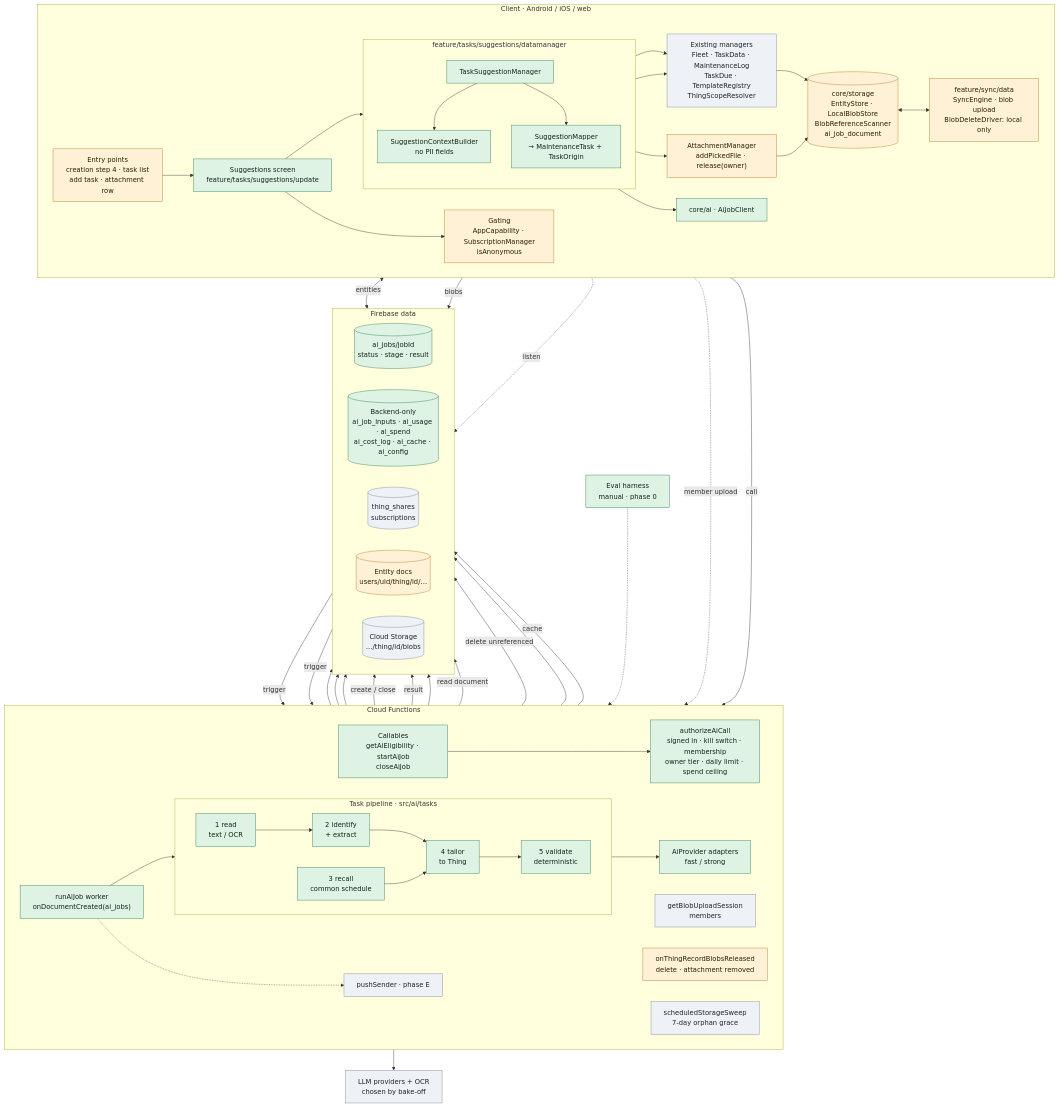
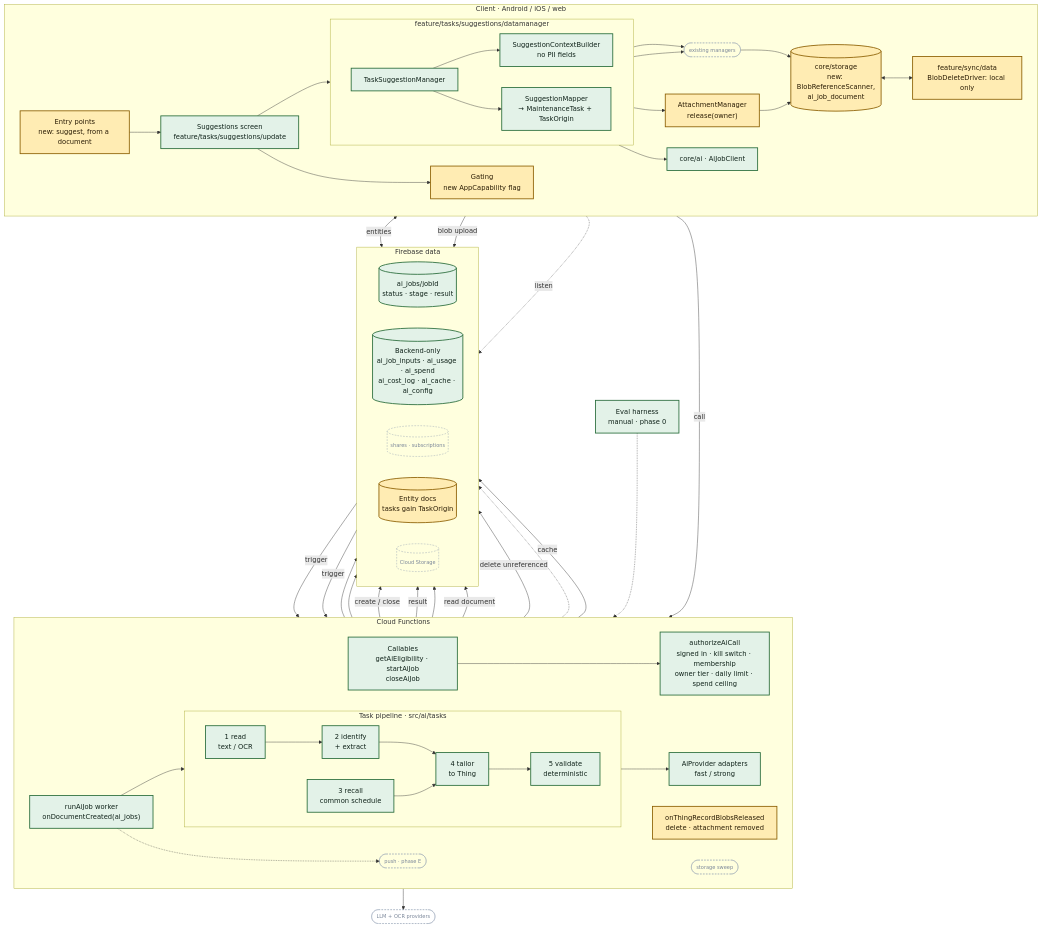
One commit to fz172/squawkit changed the diagram in docs/ai/task_population_design.md. Above: the diagram before and after it, drawn with Mermaid. The commit also changed other lines of this file, not shown here.

Commit message:
Mute unchanged components in the AI task suggestions diagram
Existing, unchanged pieces shrink to small dashed pills and the member
upload path folds into the blob upload edge, so the new and changed
components stand out. Links the zoomable artifact version.

````diff
--- a/docs/ai/task_population_design.md
+++ b/docs/ai/task_population_design.md
@@ -41,20 +43,20 @@
 flowchart TB
   subgraph Client["Client · Android / iOS / web"]
     direction LR
-    Entry["Entry points<br/>creation step 4 · task list<br/>add task · attachment row"]
+    Entry["Entry points<br/>new: suggest, from a document"]
     SuggestUI["Suggestions screen<br/>feature/tasks/suggestions/update"]
-    Gate["Gating<br/>AppCapability · SubscriptionManager<br/>isAnonymous"]
+    Gate["Gating<br/>new AppCapability flag"]
     subgraph SugDM["feature/tasks/suggestions/datamanager"]
-      direction TB
+      direction LR
       Mgr["TaskSuggestionManager"]
       Ctx["SuggestionContextBuilder<br/>no PII fields"]
       Map["SuggestionMapper<br/>→ MaintenanceTask + TaskOrigin"]
     end
-    Existing["Existing managers<br/>Fleet · TaskData · MaintenanceLog<br/>TaskDue · TemplateRegistry<br/>ThingScopeResolver"]
-    AttMgr["AttachmentManager<br/>addPickedFile · release(owner)"]
+    Existing(["existing managers"])
+    AttMgr["AttachmentManager<br/>release(owner)"]
     AiClient["core/ai · AiJobClient"]
-    Local[("core/storage<br/>EntityStore · LocalBlobStore<br/>BlobReferenceScanner<br/>ai_job_document")]
-    Sync["feature/sync/data<br/>SyncEngine · blob upload<br/>BlobDeleteDriver: local only"]
+    Local[("core/storage<br/>new: BlobReferenceScanner,<br/>ai_job_document")]
+    Sync["feature/sync/data<br/>BlobDeleteDriver: local only"]
   end
 
   subgraph Backend["Cloud Functions"]
@@ -71,22 +73,21 @@
       S4 --> S5["5 validate<br/>deterministic"]
     end
     Prov["AiProvider adapters<br/>fast / strong"]
-    Upload["getBlobUploadSession<br/>members"]
     Release["onThingRecordBlobsReleased<br/>delete · attachment removed"]
-    Sweep["scheduledStorageSweep<br/>7-day orphan grace"]
-    Push["pushSender · phase E"]
+    Sweep(["storage sweep"])
+    Push(["push · phase E"])
   end
 
   subgraph Data["Firebase data"]
     direction LR
     Jobs[("ai_jobs/jobId<br/>status · stage · result")]
     AiColl[("Backend-only<br/>ai_job_inputs · ai_usage · ai_spend<br/>ai_cost_log · ai_cache · ai_config")]
-    ACL[("thing_shares<br/>subscriptions")]
-    Entities[("Entity docs<br/>users/uid/thing/id/…")]
-    GCS[("Cloud Storage<br/>…/thing/id/blobs")]
+    ACL[("shares · subscriptions")]
+    Entities[("Entity docs<br/>tasks gain TaskOrigin")]
+    GCS[("Cloud Storage")]
   end
 
-  LLM["LLM providers + OCR<br/>chosen by bake-off"]
+  LLM(["LLM + OCR providers"])
   Eval["Eval harness<br/>manual · phase 0"]
 
   Entry --> SuggestUI
@@ -100,8 +101,7 @@
   AttMgr --> Local
   Local <--> Sync
   Sync <-- entities --> Entities
-  Sync -- blobs --> GCS
-  Sync -. member upload .-> Upload --> GCS
+  Sync -- blob upload --> GCS
 
   AiClient -- call --> Callables
   AiClient -. listen .-> Jobs
@@ -121,12 +121,12 @@
 
   Entities -- trigger --> Release
   Release -- delete unreferenced --> GCS
-  Sweep --> GCS
+  Sweep -.-> GCS
 
-  classDef new fill:#dff3e4,stroke:#2e7d4f,color:#10231a
-  classDef changed fill:#fff1d6,stroke:#b7791f,color:#2b1d05
-  classDef existing fill:#eef1f5,stroke:#7a8699,color:#1b2330
+  classDef new fill:#E3F2E8,stroke:#276B39,stroke-width:2px,color:#10231A
+  classDef changed fill:#FFECB3,stroke:#8B5E00,stroke-width:2px,color:#2B1D05
+  classDef existing fill:transparent,stroke:#8D9AAF,stroke-width:1px,stroke-dasharray:4 3,color:#7A8699,font-size:12px
   class SuggestUI,Mgr,Ctx,Map,AiClient,Callables,Auth,Worker,S1,S2,S3,S4,S5,Prov,Jobs,AiColl,Eval new
   class Entry,AttMgr,Local,Sync,Release,Entities,Gate changed
-  class Existing,Upload,Sweep,ACL,GCS,Push,LLM existing
+  class Existing,Sweep,ACL,GCS,Push,LLM existing
 ```
````
